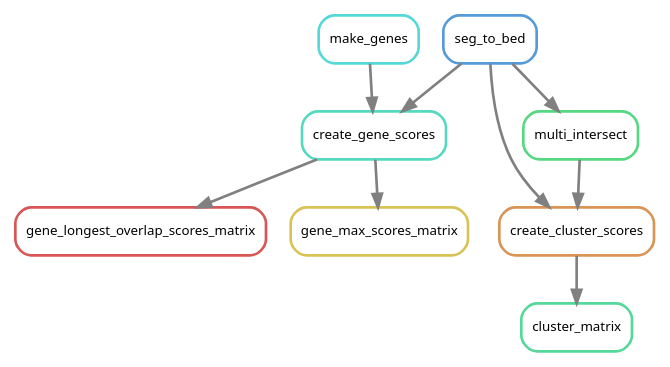
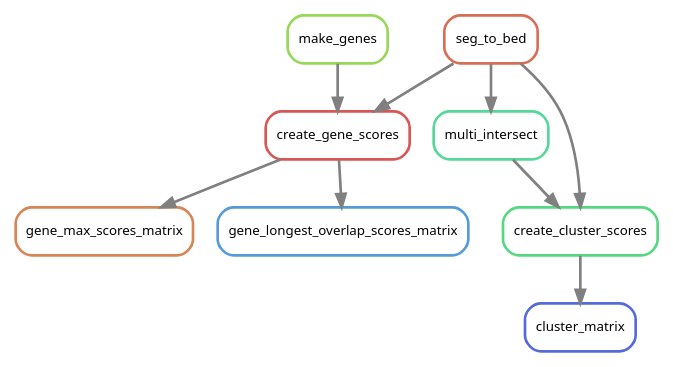
The diagram in doc/source/images/cnv.dot (NCBI-Hackathons/Pharmacogenomics_Prediction_Pipeline_P3), drawn with Graphviz before and after one commit. The commit also changed 27 other files, not shown here.

```diff
--- a/doc/source/images/cnv.dot
+++ b/doc/source/images/cnv.dot
@@ -1,21 +1,21 @@
 digraph snakemake_dag {
     graph[bgcolor=white, margin=0];
     node[shape=box, style=rounded, fontname=sans,                 fontsize=10, penwidth=2];
     edge[penwidth=2, color=grey];
-	0[label = "make_genes", color = "0.50 0.6 0.85", style="rounded"];
-	1[label = "gene_longest_overlap_scores_matrix", color = "0.00 0.6 0.85", style="rounded"];
-	2[label = "cluster_matrix", color = "0.42 0.6 0.85", style="rounded"];
-	3[label = "create_cluster_scores", color = "0.08 0.6 0.85", style="rounded"];
-	4[label = "gene_max_scores_matrix", color = "0.14 0.6 0.85", style="rounded"];
-	5[label = "seg_to_bed", color = "0.58 0.6 0.85", style="rounded"];
-	6[label = "multi_intersect", color = "0.39 0.6 0.85", style="rounded"];
-	7[label = "create_gene_scores", color = "0.47 0.6 0.85", style="rounded"];
-	7 -> 1
-	3 -> 2
-	5 -> 3
-	6 -> 3
-	7 -> 4
-	5 -> 6
+	0[label = "create_gene_scores", color = "0.00 0.6 0.85", style="rounded"];
+	1[label = "seg_to_bed", color = "0.03 0.6 0.85", style="rounded"];
+	2[label = "gene_max_scores_matrix", color = "0.06 0.6 0.85", style="rounded"];
+	3[label = "make_genes", color = "0.25 0.6 0.85", style="rounded"];
+	4[label = "gene_longest_overlap_scores_matrix", color = "0.58 0.6 0.85", style="rounded"];
+	5[label = "multi_intersect", color = "0.42 0.6 0.85", style="rounded"];
+	6[label = "cluster_matrix", color = "0.64 0.6 0.85", style="rounded"];
+	7[label = "create_cluster_scores", color = "0.39 0.6 0.85", style="rounded"];
+	1 -> 0
+	3 -> 0
+	0 -> 2
+	0 -> 4
+	1 -> 5
+	7 -> 6
+	1 -> 7
 	5 -> 7
-	0 -> 7
 }            
```
